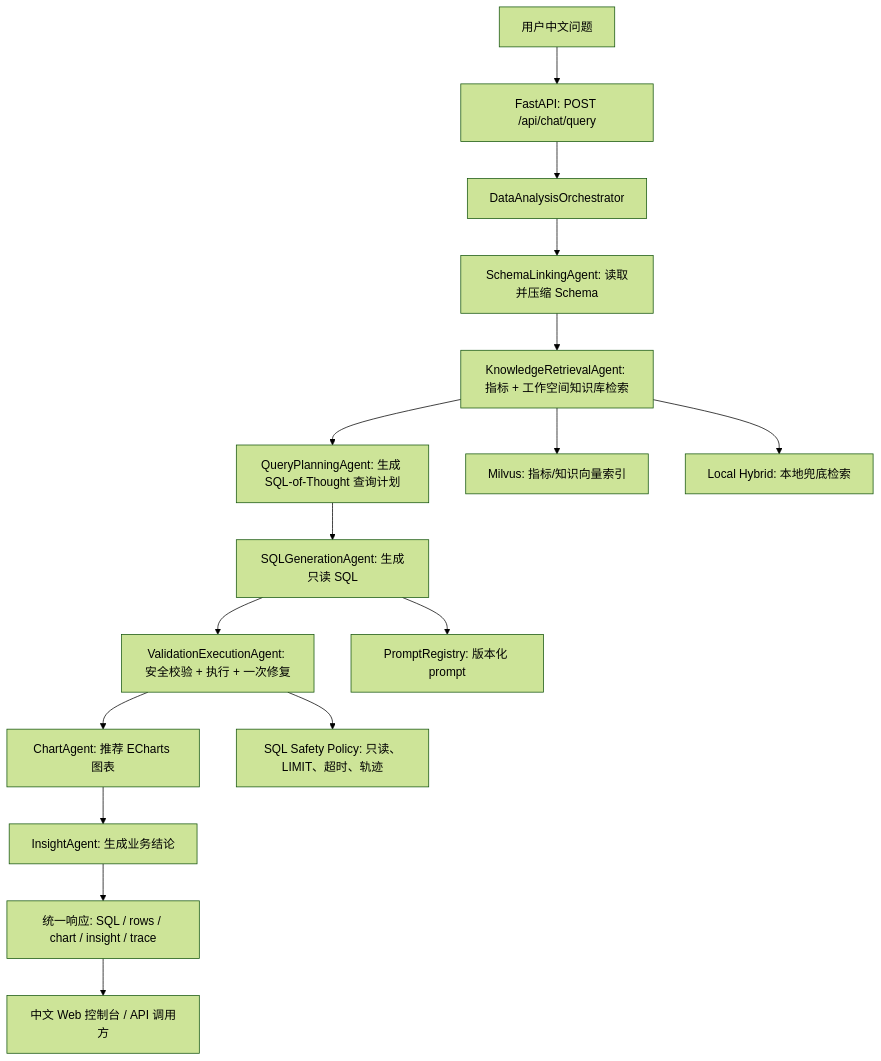
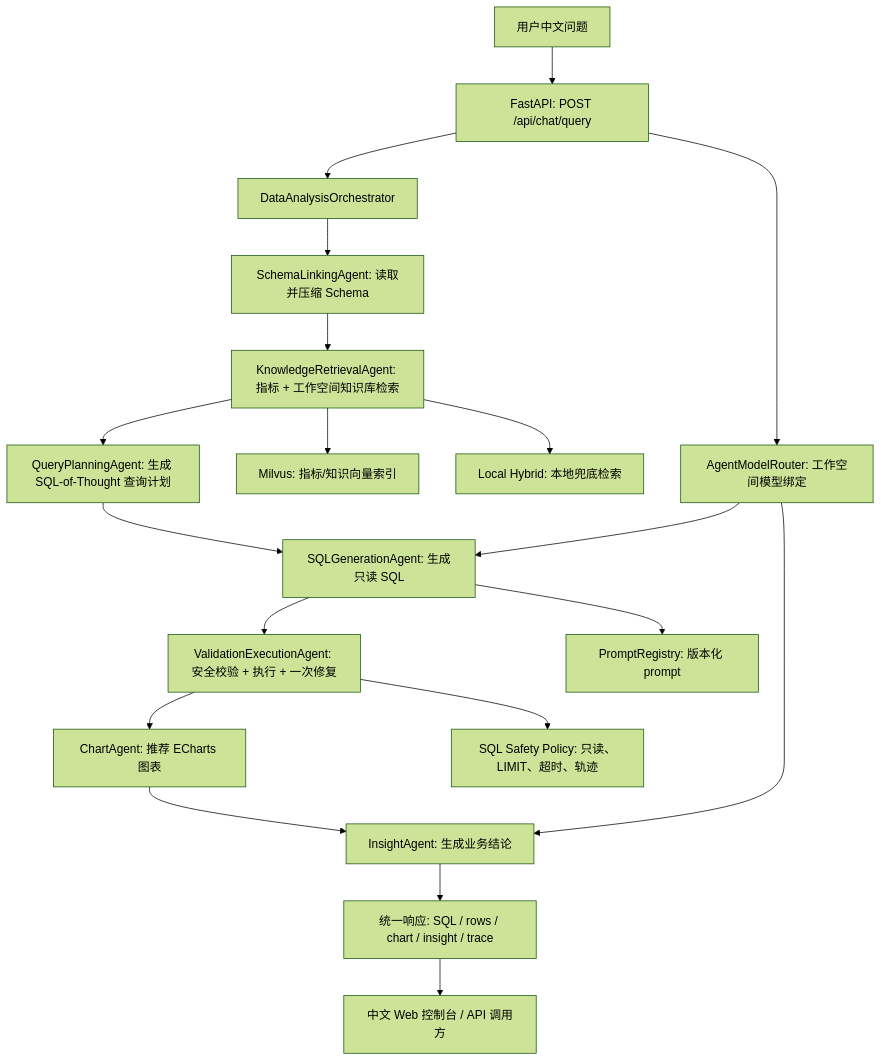
The diagram in README.md (chenpan979/DataWhisperer), drawn with Mermaid (forest theme) before and after one commit. The commit also changed other lines of this file and 13 other files, not shown here.

````diff
--- a/README.md
+++ b/README.md
@@ -190,18 +192,21 @@
 ```mermaid
 flowchart TD
     U["用户中文问题"] --> API["FastAPI: POST /api/chat/query"]
     API --> O["DataAnalysisOrchestrator"]
+    API --> MR["AgentModelRouter: 工作空间模型绑定"]
     O --> A1["SchemaLinkingAgent: 读取并压缩 Schema"]
     A1 --> A2["KnowledgeRetrievalAgent: 指标 + 工作空间知识库检索"]
     A2 --> A3["QueryPlanningAgent: 生成 SQL-of-Thought 查询计划"]
     A3 --> A4["SQLGenerationAgent: 生成只读 SQL"]
     A4 --> A5["ValidationExecutionAgent: 安全校验 + 执行 + 一次修复"]
     A5 --> A6["ChartAgent: 推荐 ECharts 图表"]
     A6 --> A7["InsightAgent: 生成业务结论"]
     A2 --> VDB["Milvus: 指标/知识向量索引"]
     A2 --> LOCAL["Local Hybrid: 本地兜底检索"]
     A4 --> P["PromptRegistry: 版本化 prompt"]
+    MR --> A4
+    MR --> A7
     A5 --> SAFE["SQL Safety Policy: 只读、LIMIT、超时、轨迹"]
     A7 --> R["统一响应: SQL / rows / chart / insight / trace"]
     R --> UI["中文 Web 控制台 / API 调用方"]
 ```
````
